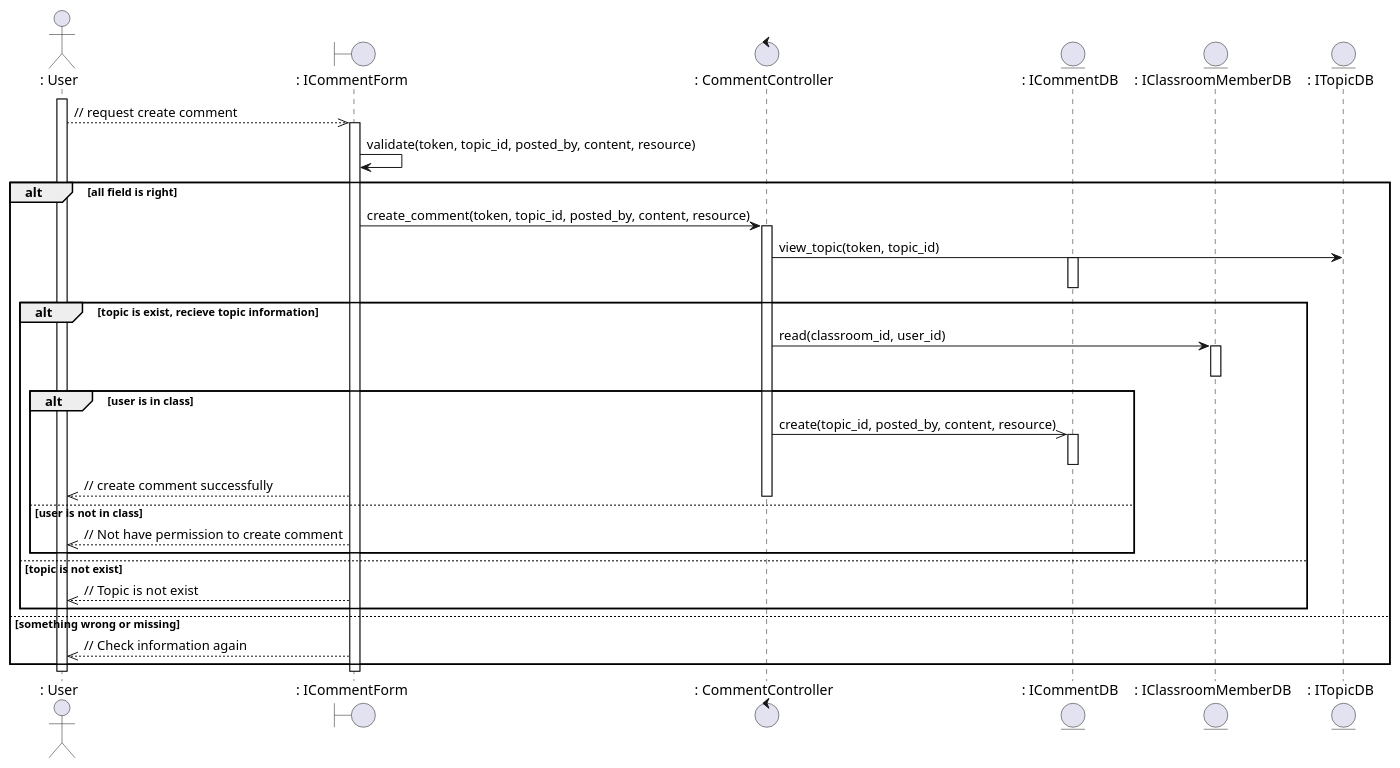
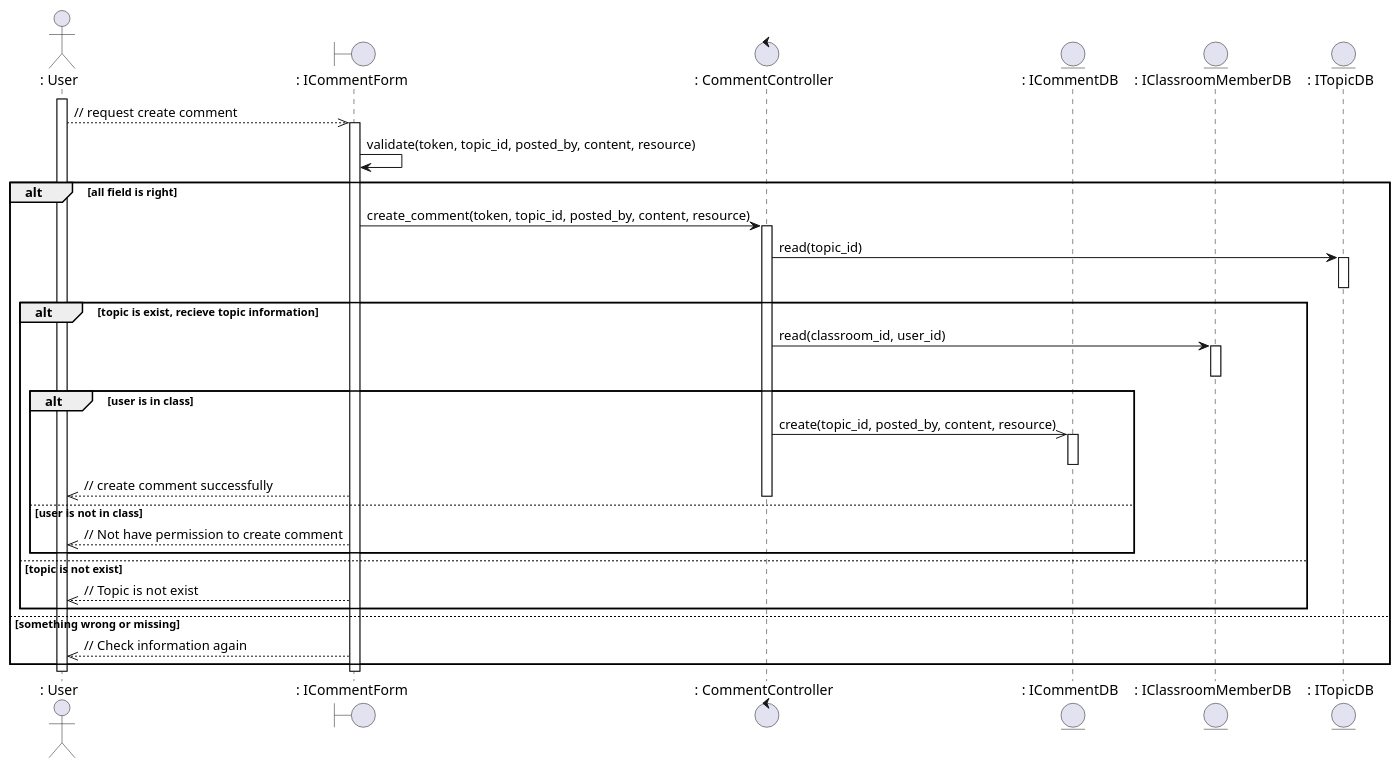
One commit to anonyhostvn/OOAD-Diagram changed the diagram in sequence - design/comment/createComment.plantuml. Above: the diagram before and after it, drawn with PlantUML. The commit also changed 8 other files, not shown here.

```diff
--- a/sequence - design/comment/createComment.plantuml
+++ b/sequence - design/comment/createComment.plantuml
@@ -1,47 +1,47 @@
 @startuml createComment
 
 actor ": User"
 boundary ": ICommentForm"
 control ": CommentController"
 entity ": ICommentDB"
 entity ": IClassroomMemberDB"
 entity ": ITopicDB"
 
 activate ": User"
 
 ": User" -->> ": ICommentForm": // request create comment 
 activate ": ICommentForm"
 ": ICommentForm" -> ": ICommentForm": validate(token, topic_id, posted_by, content, resource)
 alt all field is right
     ": ICommentForm" -> ": CommentController": create_comment(token, topic_id, posted_by, content, resource)
     activate ": CommentController"
-    ": CommentController" -> ": ITopicDB": view_topic(token, topic_id)
-    activate ": ICommentDB"
-    deactivate ": ICommentDB"
+    ": CommentController" -> ": ITopicDB": read(topic_id)
+    activate ": ITopicDB"
+    deactivate ": ITopicDB"
 
     alt topic is exist, recieve topic information
         ": CommentController" -> ": IClassroomMemberDB": read(classroom_id, user_id)
         activate ": IClassroomMemberDB"
         deactivate ": IClassroomMemberDB"
         alt user is in class
             ": CommentController" ->> ": ICommentDB": create(topic_id, posted_by, content, resource)
             activate ": ICommentDB"
             deactivate ": ICommentDB"
             ": ICommentForm" -->> ": User": // create comment successfully
         else user is not in class
             deactivate ": CommentController"
             ": ICommentForm" -->> ": User": // Not have permission to create comment
         end
     else topic is not exist
         ": ICommentForm" -->> ": User": // Topic is not exist
     end
 else something wrong or missing
     ": ICommentForm" -->> ": User": // Check information again
 end
 
 
 deactivate ": User"
 deactivate ": ICommentForm"
 
 
 @enduml
```
